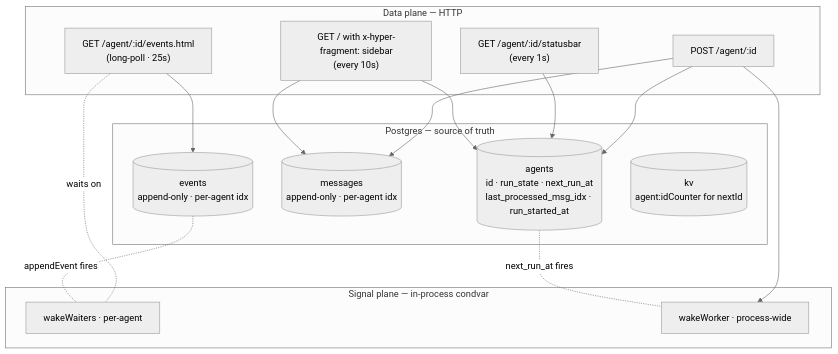
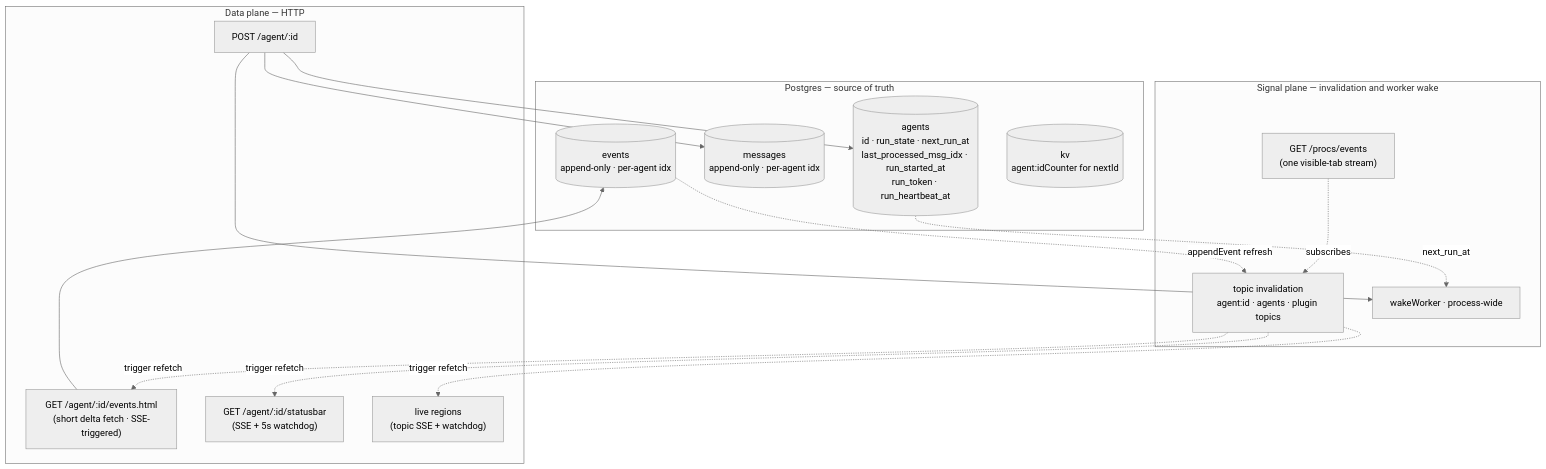
One commit to niquola/hyper-code2 changed the first of 2 diagrams in docs/architecture.md. Above: the diagram before and after it, drawn with Mermaid (neutral theme). The commit also changed other lines of this file and 21 other files, not shown here.

````diff
--- a/docs/architecture.md
+++ b/docs/architecture.md
@@ -29,33 +29,32 @@
 ```mermaid
 graph TB
     subgraph Truth[Postgres — source of truth]
-        AGENTS[(agents<br/>id · run_state · next_run_at<br/>last_processed_msg_idx · run_started_at)]
+        AGENTS[(agents<br/>id · run_state · next_run_at<br/>last_processed_msg_idx · run_started_at<br/>run_token · run_heartbeat_at)]
         MSGS[(messages<br/>append-only · per-agent idx)]
         EVENTS[(events<br/>append-only · per-agent idx)]
         KV[(kv<br/>agent:idCounter for nextId)]
     end
 
     subgraph DataPlane[Data plane — HTTP]
         POST["POST /agent/:id"]
-        LP["GET /agent/:id/events.html<br/>(long-poll · 25s)"]
-        SB["GET /agent/:id/statusbar<br/>(every 1s)"]
-        SF["GET / with x-hyper-fragment: sidebar<br/>(every 10s)"]
+        LP["GET /agent/:id/events.html<br/>(short delta fetch · SSE-triggered)"]
+        SB["GET /agent/:id/statusbar<br/>(SSE + 5s watchdog)"]
+        SF["live regions<br/>(topic SSE + watchdog)"]
     end
-
-    subgraph SignalPlane[Signal plane — in-process condvar]
-        WW[wakeWaiters · per-agent]
+    subgraph SignalPlane[Signal plane — invalidation and worker wake]
+        SSE["GET /procs/events<br/>(one visible-tab stream)"]
+        TOPICS["topic invalidation<br/>agent:id · agents · plugin topics"]
         WS[wakeWorker · process-wide]
     end
 
     POST  --> MSGS
     POST  --> AGENTS
     POST  --> WS
     LP    --> EVENTS
-    LP    -.waits on.- WW
-    SB    --> AGENTS
-    SF    --> AGENTS
-    SF    --> MSGS
-
-    EVENTS -.appendEvent fires.- WW
-    AGENTS -.next_run_at fires.- WS
+    SSE   -.subscribes.-> TOPICS
+    EVENTS -.appendEvent refresh.-> TOPICS
+    TOPICS -.trigger refetch.-> LP
+    TOPICS -.trigger refetch.-> SB
+    TOPICS -.trigger refetch.-> SF
+    AGENTS -.next_run_at.-> WS
 ```
````
